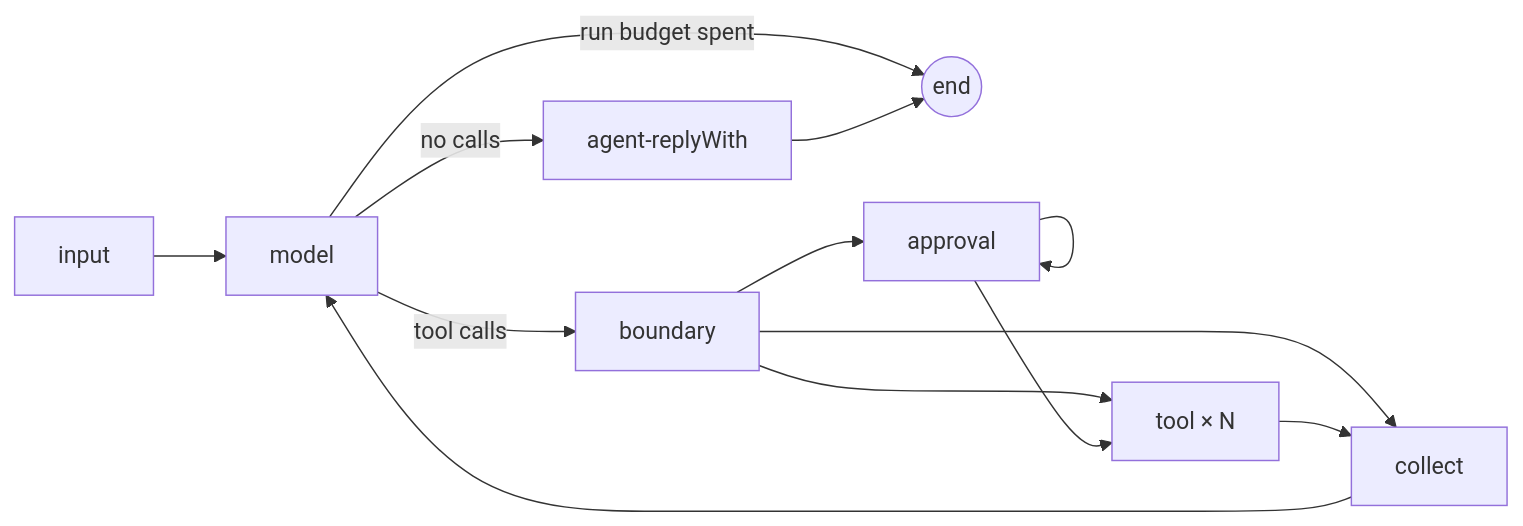
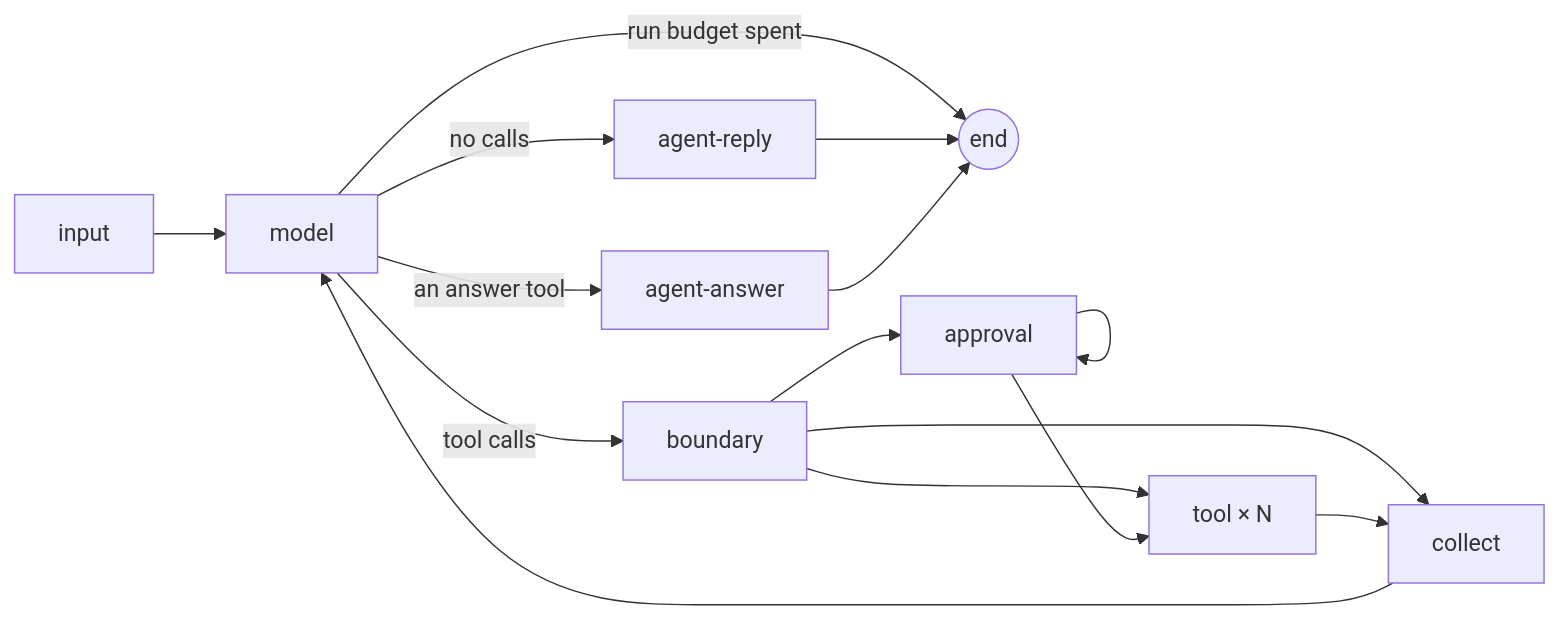
One commit to PavelRavvich/agbossjs changed the diagram in Agents.md. Above: the diagram before and after it, drawn with Mermaid. The commit also changed other lines of this file and 32 other files, not shown here.

First line of the commit message:
docs(#272): the flow as paths — Workflow, Path scope, Rollback, ADR-0019, routing, components, agents, CLI, changelog

````diff
--- a/Agents.md
+++ b/Agents.md
@@ -10,15 +10,17 @@
 ```mermaid
 flowchart LR
   I[input] --> M[model]
   M -- tool calls --> B[boundary]
-  M -- no calls --> A[agent-replyWith]
+  M -- no calls --> A[agent-reply]
+  M -- an answer tool --> AN[agent-answer]
   M -- run budget spent --> E((end))
   B --> AP[approval]
   AP --> AP
   B --> T[tool × N]
   AP --> T
   B --> C[collect]
   T --> C
   C --> M
   A --> E
+  AN --> E
 ```
````
